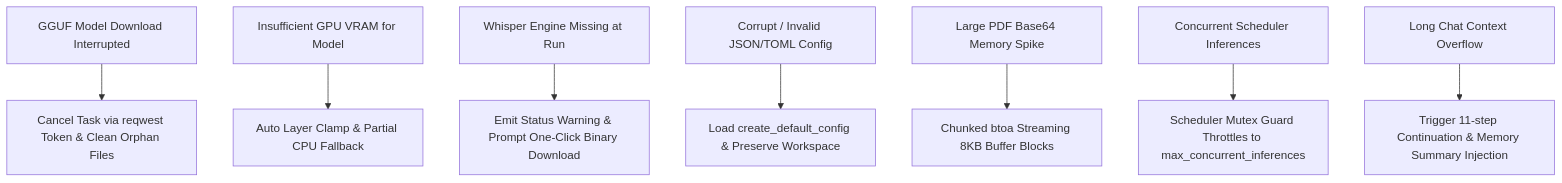
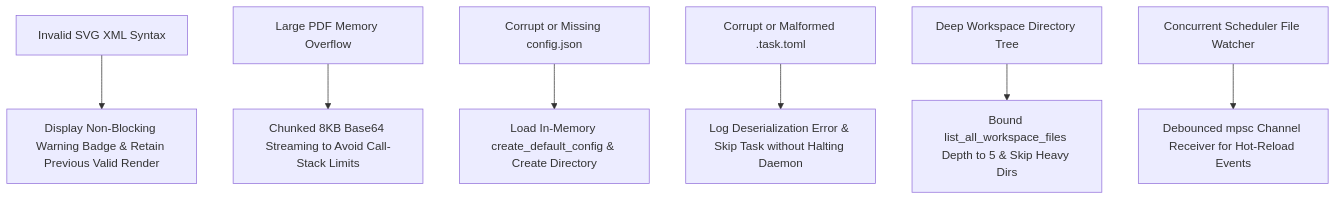
Before and after one commit to zishan049/Composer: the eighth of 9 diagrams in PRD.md, drawn with Mermaid. The commit also changed other lines of this file and 1 other file, not shown here.

````diff
--- a/PRD.md
+++ b/PRD.md
@@ -878,10 +696,9 @@
 ```mermaid
 flowchart TD
-    E1[GGUF Model Download Interrupted] --> R1[Cancel Task via reqwest Token & Clean Orphan Files]
-    E2[Insufficient GPU VRAM for Model] --> R2[Auto Layer Clamp & Partial CPU Fallback]
-    E3[Whisper Engine Missing at Run] --> R3[Emit Status Warning & Prompt One-Click Binary Download]
-    E4[Corrupt / Invalid JSON/TOML Config] --> R4[Load create_default_config & Preserve Workspace]
-    E5[Large PDF Base64 Memory Spike] --> R5[Chunked btoa Streaming 8KB Buffer Blocks]
-    E6[Concurrent Scheduler Inferences] --> R6[Scheduler Mutex Guard Throttles to max_concurrent_inferences]
-    E7[Long Chat Context Overflow] --> R7[Trigger 11-step Continuation & Memory Summary Injection]
+    E1[Invalid SVG XML Syntax] --> R1[Display Non-Blocking Warning Badge & Retain Previous Valid Render]
+    E2[Large PDF Memory Overflow] --> R2[Chunked 8KB Base64 Streaming to Avoid Call-Stack Limits]
+    E3[Corrupt or Missing config.json] --> R3[Load In-Memory create_default_config & Create Directory]
+    E4[Corrupt or Malformed .task.toml] --> R4[Log Deserialization Error & Skip Task without Halting Daemon]
+    E5[Deep Workspace Directory Tree] --> R5[Bound list_all_workspace_files Depth to 5 & Skip Heavy Dirs]
+    E6[Concurrent Scheduler File Watcher] --> R6[Debounced mpsc Channel Receiver for Hot-Reload Events]
 ```
````
